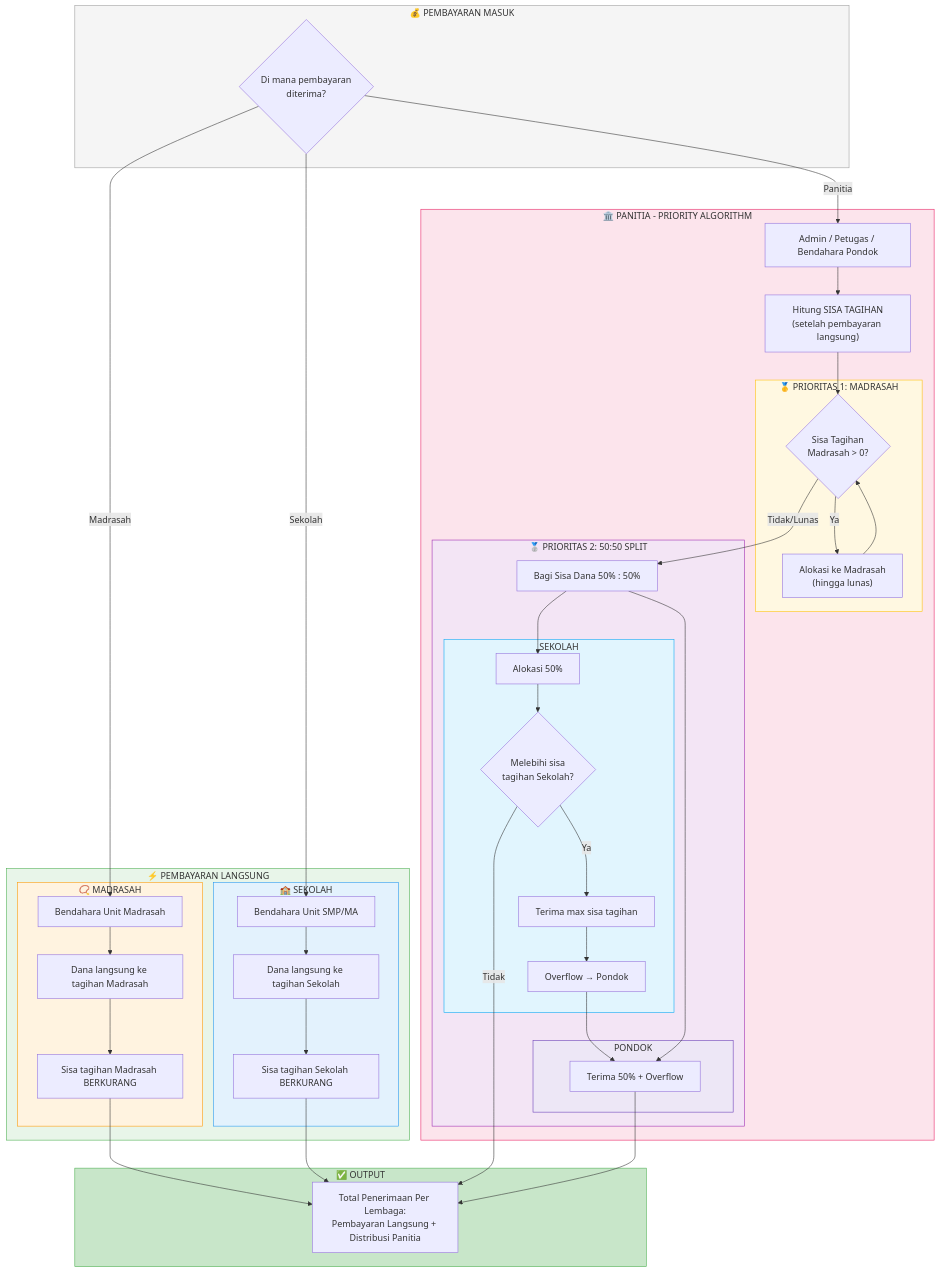
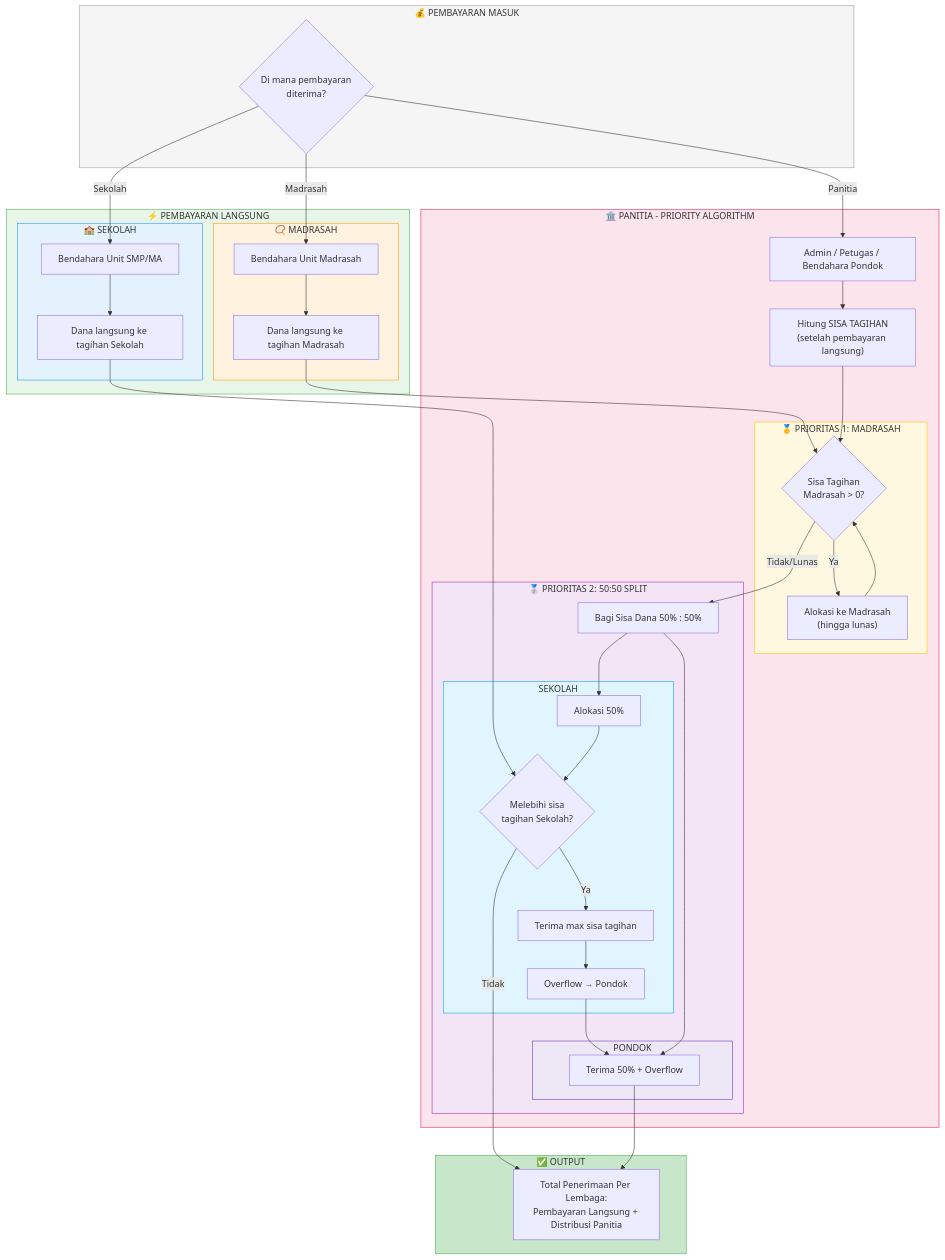
Before and after one commit to mfauzanhanif/psb: the diagram in docs/PRIORITY_ALGORITHM.md, drawn with Mermaid. The commit also changed other lines of this file, not shown here.

Commit message:
update dokumentasi

````diff
--- a/docs/PRIORITY_ALGORITHM.md
+++ b/docs/PRIORITY_ALGORITHM.md
@@ -14,80 +18,78 @@
 ```mermaid
 flowchart TD
     subgraph INPUT["💰 PEMBAYARAN MASUK"]
         A{"Di mana pembayaran<br/>diterima?"}
     end
 
     subgraph DIRECT["⚡ PEMBAYARAN LANGSUNG"]
         subgraph MADRASAH_DIRECT["📿 MADRASAH"]
             E["Bendahara Unit Madrasah"]
             E1["Dana langsung ke tagihan Madrasah"]
-            E2["Sisa tagihan Madrasah BERKURANG"]
         end
         
         subgraph SEKOLAH_DIRECT["🏫 SEKOLAH"]
             H["Bendahara Unit SMP/MA"]
             H1["Dana langsung ke tagihan Sekolah"]
-            H2["Sisa tagihan Sekolah BERKURANG"]
         end
     end
 
     subgraph PANITIA["🏛️ PANITIA - PRIORITY ALGORITHM"]
         B["Admin / Petugas / Bendahara Pondok"]
         B1["Hitung SISA TAGIHAN<br/>(setelah pembayaran langsung)"]
         
         subgraph PRIORITY1["🥇 PRIORITAS 1: MADRASAH"]
             C{"Sisa Tagihan<br/>Madrasah > 0?"}
             C1["Alokasi ke Madrasah<br/>(hingga lunas)"]
         end
         
         subgraph PRIORITY2["🥈 PRIORITAS 2: 50:50 SPLIT"]
             D["Bagi Sisa Dana 50% : 50%"]
             
             subgraph SEKOLAH_SPLIT["SEKOLAH"]
                 D1["Alokasi 50%"]
                 D2{"Melebihi sisa<br/>tagihan Sekolah?"}
                 D3["Terima max sisa tagihan"]
                 D4["Overflow → Pondok"]
             end
             
             subgraph PONDOK_SPLIT["PONDOK"]
                 D5["Terima 50% + Overflow"]
             end
         end
     end
 
     subgraph OUTPUT["✅ OUTPUT"]
         N["Total Penerimaan Per Lembaga:<br/>Pembayaran Langsung + Distribusi Panitia"]
     end
 
     A -->|Madrasah| E
     A -->|Sekolah| H
     A -->|Panitia| B
     
-    E --> E1 --> E2 --> N
-    H --> H1 --> H2 --> N
+    E --> E1 --> C
+    H --> H1 --> D2
     
     B --> B1 --> C
     C -->|Ya| C1
     C1 --> C
     C -->|Tidak/Lunas| D
     
     D --> D1
     D1 --> D2
     D2 -->|Ya| D3 --> D4
     D2 -->|Tidak| N
     D4 --> D5
     D --> D5
     D5 --> N
 
     style INPUT fill:#f5f5f5,stroke:#9e9e9e
     style DIRECT fill:#e8f5e9,stroke:#4caf50
     style MADRASAH_DIRECT fill:#fff3e0,stroke:#ff9800
     style SEKOLAH_DIRECT fill:#e3f2fd,stroke:#2196f3
     style PANITIA fill:#fce4ec,stroke:#e91e63
     style PRIORITY1 fill:#fff8e1,stroke:#ffc107
     style PRIORITY2 fill:#f3e5f5,stroke:#9c27b0
     style SEKOLAH_SPLIT fill:#e1f5fe,stroke:#03a9f4
     style PONDOK_SPLIT fill:#ede7f6,stroke:#673ab7
     style OUTPUT fill:#c8e6c9,stroke:#4caf50
 ```
````
